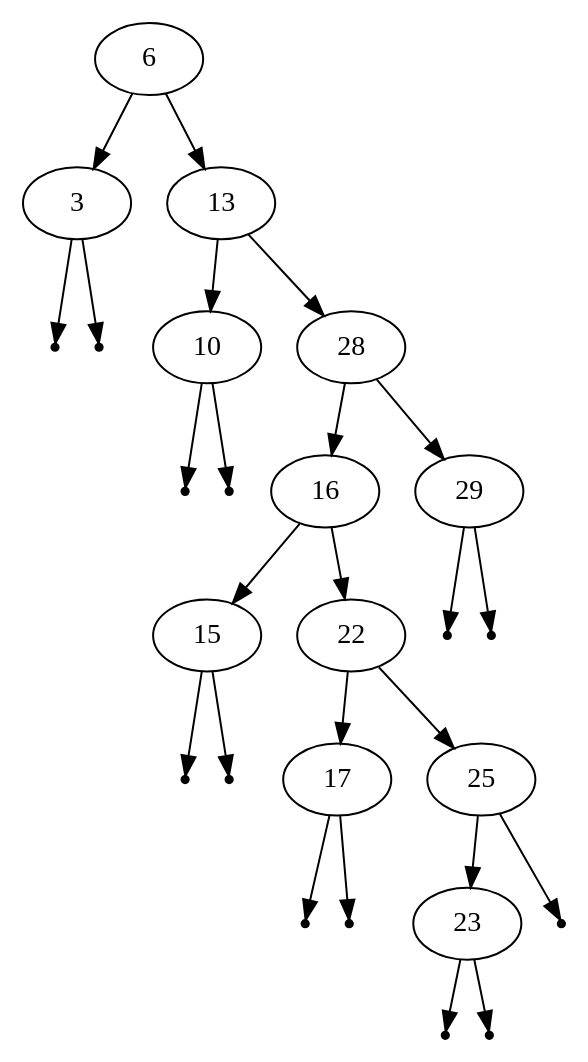
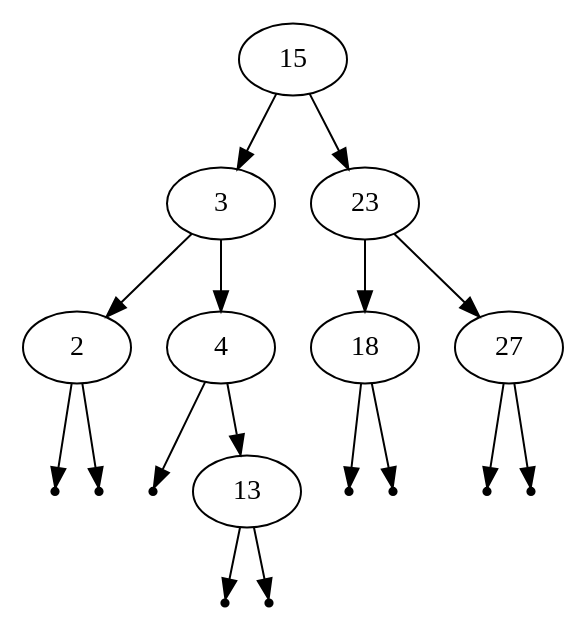
Before and after one commit to psuet/rwth-progra-ws16: the diagram in u07/code/t2.dot, drawn with Graphviz. The commit also changed 7 other files, not shown here.

```diff
--- a/u07/code/t2.dot
+++ b/u07/code/t2.dot
@@ -1,40 +1,28 @@
 digraph {
 graph [ordering="out"];
-6 -> 3;
+15 -> 3;
+3 -> 2;
 null0[shape=point]
-3 -> null0;
+2 -> null0;
 null1[shape=point]
-3 -> null1;
-6 -> 13;
-13 -> 10;
+2 -> null1;
+3 -> 4;
 null2[shape=point]
-10 -> null2;
+4 -> null2;
+4 -> 13;
 null3[shape=point]
-10 -> null3;
-13 -> 28;
-28 -> 16;
-16 -> 15;
+13 -> null3;
 null4[shape=point]
-15 -> null4;
+13 -> null4;
+15 -> 23;
+23 -> 18;
 null5[shape=point]
-15 -> null5;
-16 -> 22;
-22 -> 17;
+18 -> null5;
 null6[shape=point]
-17 -> null6;
+18 -> null6;
+23 -> 27;
 null7[shape=point]
-17 -> null7;
-22 -> 25;
-25 -> 23;
+27 -> null7;
 null8[shape=point]
-23 -> null8;
-null9[shape=point]
-23 -> null9;
-null10[shape=point]
-25 -> null10;
-28 -> 29;
-null11[shape=point]
-29 -> null11;
-null12[shape=point]
-29 -> null12;
+27 -> null8;
 }
```
